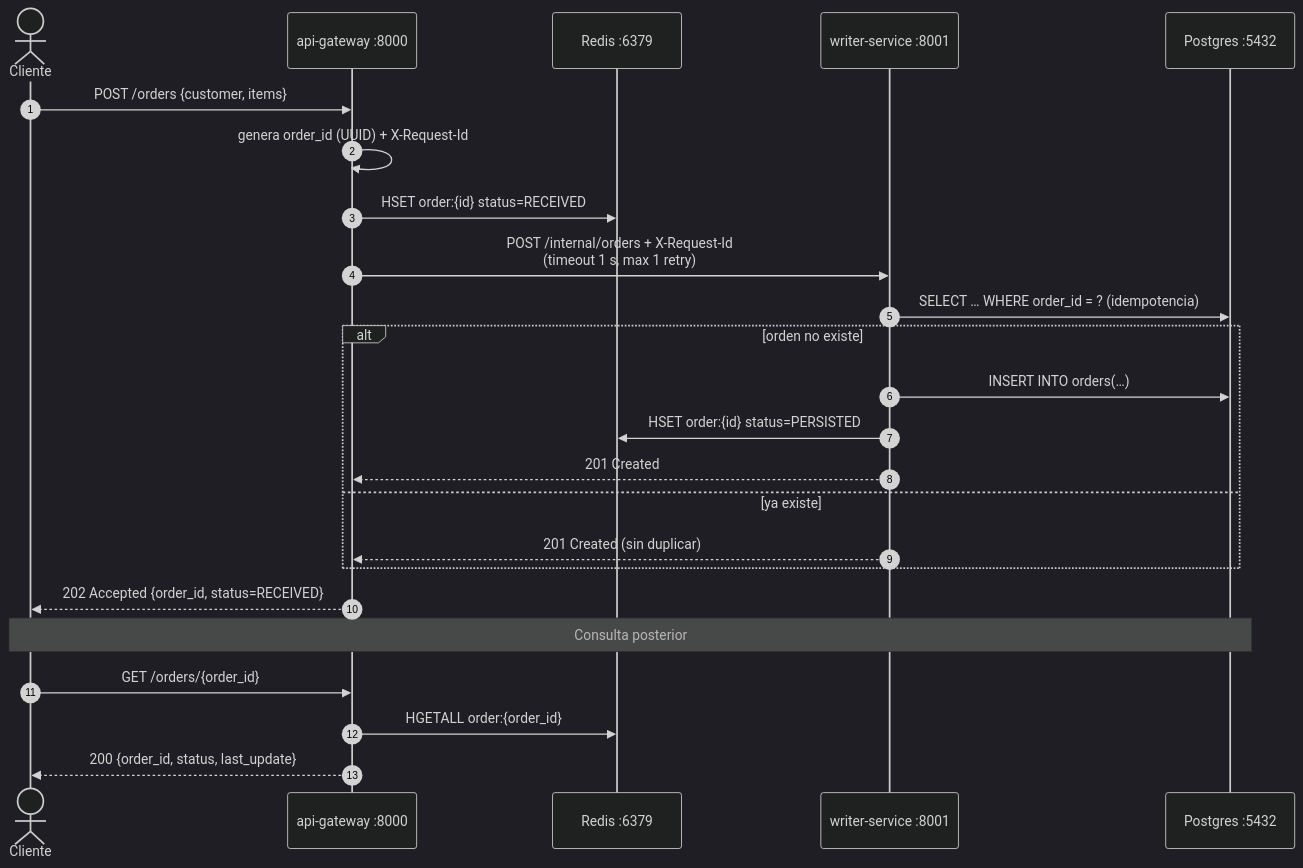
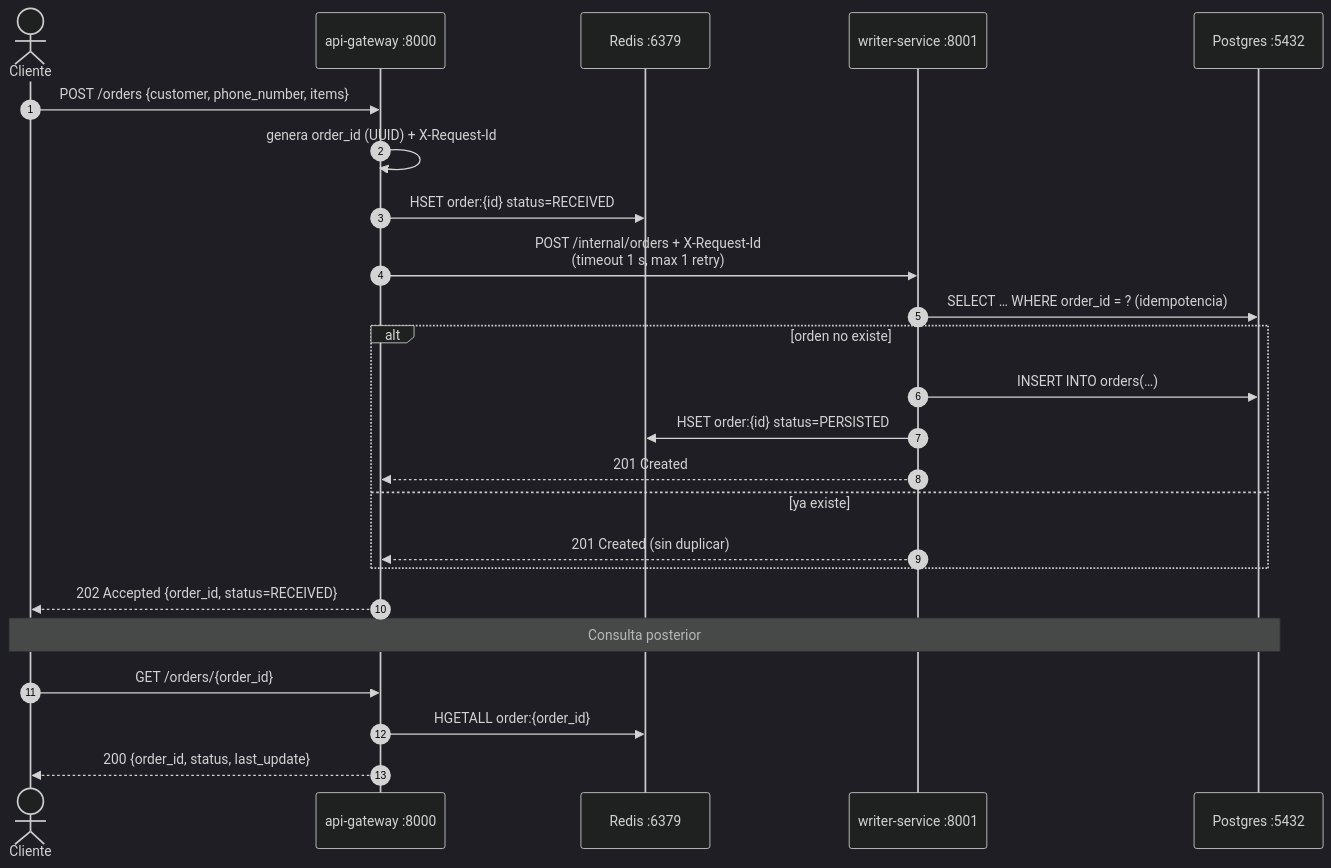
The second of 4 diagrams in README.md (JoseLuisAlvarezManica/ordenes-distribuidas), drawn with Mermaid (dark theme) before and after one commit. The commit also changed other lines of this file and 26 other files, not shown here.

````diff
--- a/README.md
+++ b/README.md
@@ -47,29 +47,29 @@
 ```mermaid
 sequenceDiagram
     autonumber
     actor C as Cliente
     participant GW as api-gateway :8000
     participant R as Redis :6379
     participant WS as writer-service :8001
     participant PG as Postgres :5432
 
-    C->>GW: POST /orders {customer, items}
+    C->>GW: POST /orders {customer, phone_number, items}
     GW->>GW: genera order_id (UUID) + X-Request-Id
     GW->>R: HSET order:{id} status=RECEIVED
     GW->>WS: POST /internal/orders + X-Request-Id<br/>(timeout 1 s, max 1 retry)
     WS->>PG: SELECT … WHERE order_id = ? (idempotencia)
     alt orden no existe
         WS->>PG: INSERT INTO orders(…)
         WS->>R: HSET order:{id} status=PERSISTED
         WS-->>GW: 201 Created
     else ya existe
         WS-->>GW: 201 Created (sin duplicar)
     end
     GW-->>C: 202 Accepted {order_id, status=RECEIVED}
 
     Note over C,PG: Consulta posterior
 
     C->>GW: GET /orders/{order_id}
     GW->>R: HGETALL order:{order_id}
     GW-->>C: 200 {order_id, status, last_update}
 ```
````
